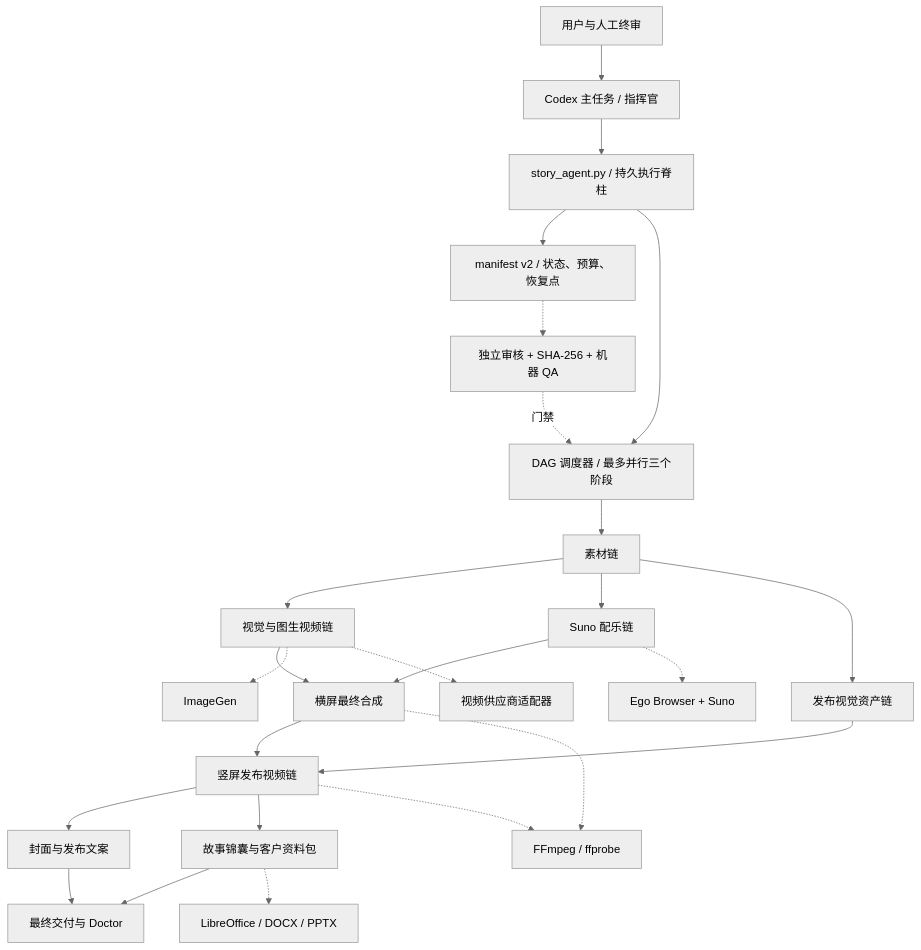
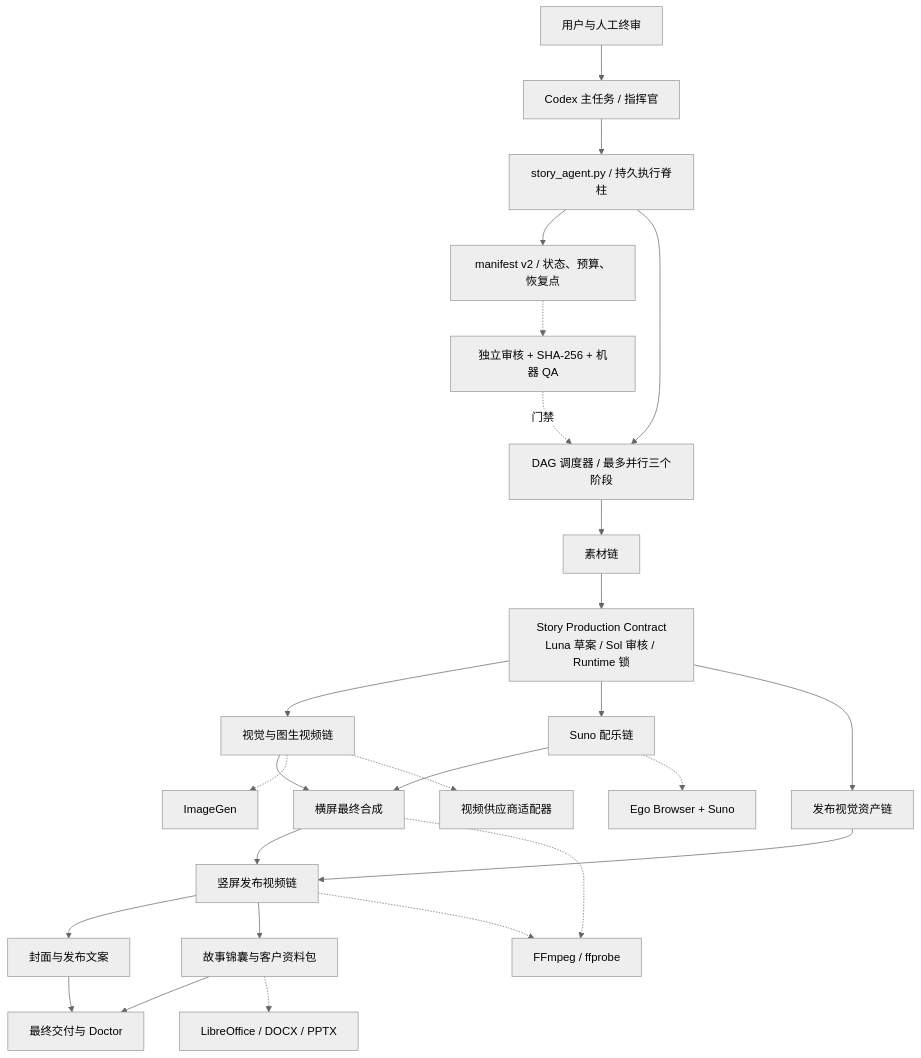
One commit to LiuDaring1/story-agent-production-system changed the diagram in docs/architecture/overall-architecture.md. Above: the diagram before and after it, drawn with Mermaid (neutral theme). The commit also changed other lines of this file and 11 other files, not shown here.

````diff
--- a/docs/architecture/overall-architecture.md
+++ b/docs/architecture/overall-architecture.md
@@ -7,32 +7,33 @@
 ```mermaid
 flowchart TB
     U["用户与人工终审"] --> C["Codex 主任务 / 指挥官"]
     C --> A["story_agent.py / 持久执行脊柱"]
     A --> M["manifest v2 / 状态、预算、恢复点"]
     A --> D["DAG 调度器 / 最多并行三个阶段"]
 
     D --> S["素材链"]
-    S --> V["视觉与图生视频链"]
-    S --> MU["Suno 配乐链"]
-    S --> RA["发布视觉资产链"]
+    S --> CT["Story Production Contract<br/>Luna 草案 / Sol 审核 / Runtime 锁"]
+    CT --> V["视觉与图生视频链"]
+    CT --> MU["Suno 配乐链"]
+    CT --> RA["发布视觉资产链"]
 
     V --> AS["横屏最终合成"]
     MU --> AS
     AS --> R["竖屏发布视频链"]
     RA --> R
 
     R --> PUB["封面与发布文案"]
     R --> PROD["故事锦囊与客户资料包"]
     PUB --> FINAL["最终交付与 Doctor"]
     PROD --> FINAL
 
     V -.-> IMG["ImageGen"]
     V -.-> VIDEO["视频供应商适配器"]
     MU -.-> SUNO["Ego Browser + Suno"]
     AS -.-> FFMPEG["FFmpeg / ffprobe"]
     R -.-> FFMPEG
     PROD -.-> OFFICE["LibreOffice / DOCX / PPTX"]
 
     M -.-> QA["独立审核 + SHA-256 + 机器 QA"]
     QA -.门禁.-> D
 ```
````
